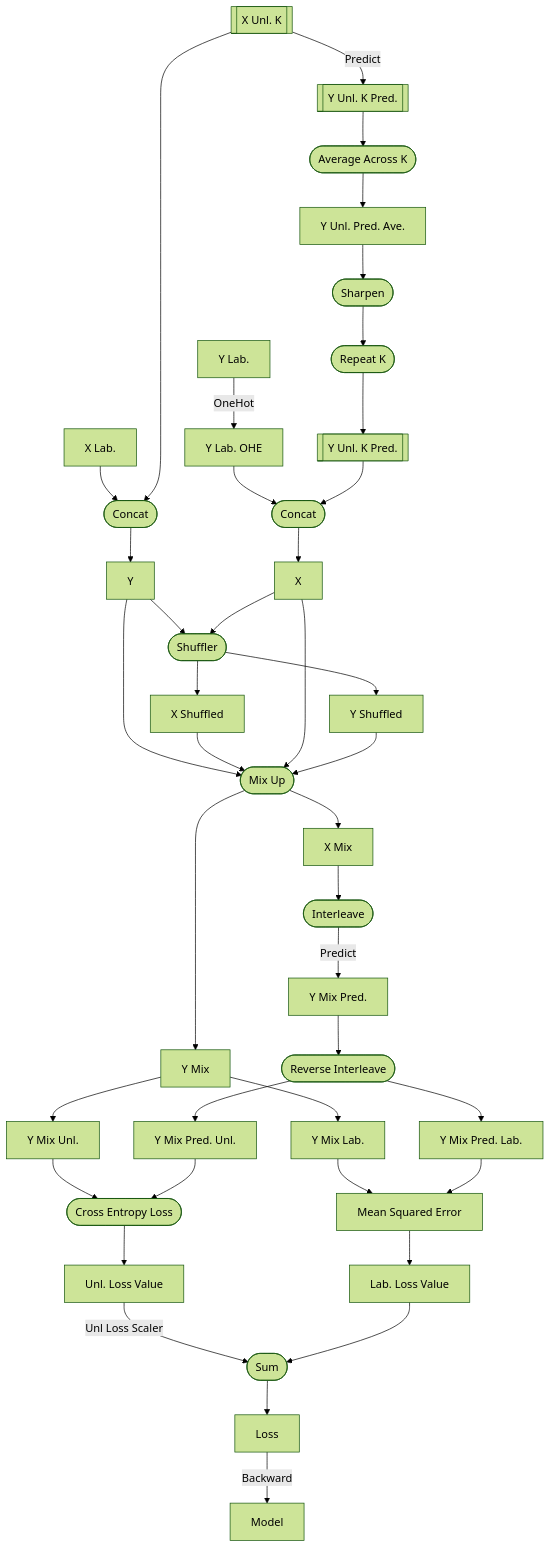
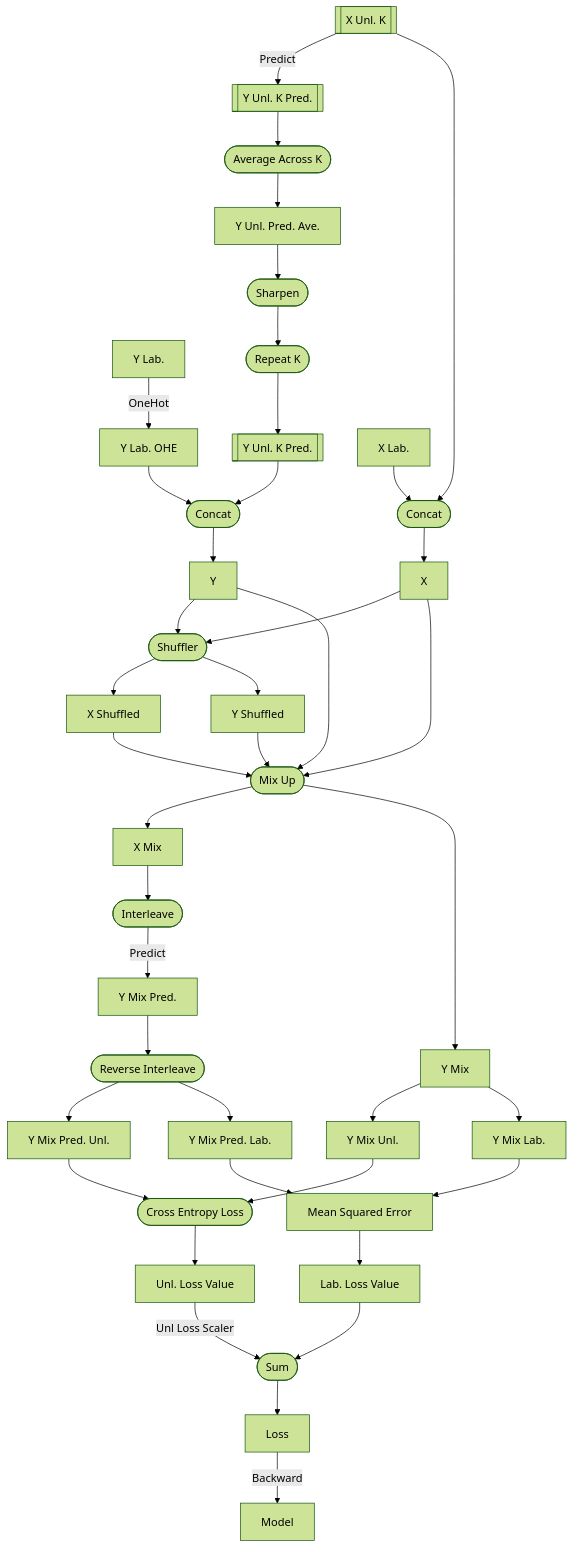
Before and after one commit to FR-DC/MixMatch-PyTorch: the third of 3 diagrams in Writerside/topics/Pipeline.md, drawn with Mermaid (forest theme). The commit also changed 5 other files, not shown here.

````diff
--- a/Writerside/topics/Pipeline.md
+++ b/Writerside/topics/Pipeline.md
@@ -55,51 +55,51 @@
 ```mermaid
 flowchart TD
     
     YL[Y Lab.] --OneHot--> YLO[Y Lab. OHE]
     XUK[[X Unl. K]] --Predict--> YUPK[[Y Unl. K Pred.]]
     
     YUPK --> YUPA([Average Across K])
     YUPA --> YUP[Y Unl. Pred. Ave.]
     YUP --> YUPAS([Sharpen])
     YUPAS --> YUPR([Repeat K])
     YUPR --> YUPRK[[Y Unl. K Pred.]]
     
     XL[X Lab.] --> XC([Concat])
     XUK  --> XC
     YLO --> YC([Concat])
     YUPRK --> YC([Concat])
     
-    XC --> X[X Concat.]
-    YC --> Y[Y Concat.]
+    XC --> X[X]
+    YC --> Y[Y]
 
-    X[Y] --> S([Shuffler])
-    Y[X] --> S
+    Y --> S([Shuffler])
+    X --> S
     S --> XS[X Shuffled]
     S --> YS[Y Shuffled]
     X & XS --> MU([Mix Up])
     Y & YS --> MU
     MU --> XM[X Mix]
     MU --> YM[Y Mix]
     
     XM --> INT([Interleave])
     INT --Predict--> YMP[Y Mix Pred.]
     YMP --> RINT([Reverse Interleave])
     YM --> YMU[Y Mix Unl.]
     YM --> YML[Y Mix Lab.]
     RINT --> YMPU[Y Mix Pred. Unl.]
     RINT --> YMPL[Y Mix Pred. Lab.]
     
     YMU --> UL([Cross Entropy Loss])
     YMPU --> UL
     
     UL --> ULV[Unl. Loss Value]
     YML --> LL[Mean Squared Error]
     YMPL --> LL
     LL --> LLV[Lab. Loss Value]
     
     ULV --Unl Loss Scaler--> LS([Sum])
     LLV --> LS
     
     LS --> L[Loss]
     L --Backward--> M[Model]
 ```
````
